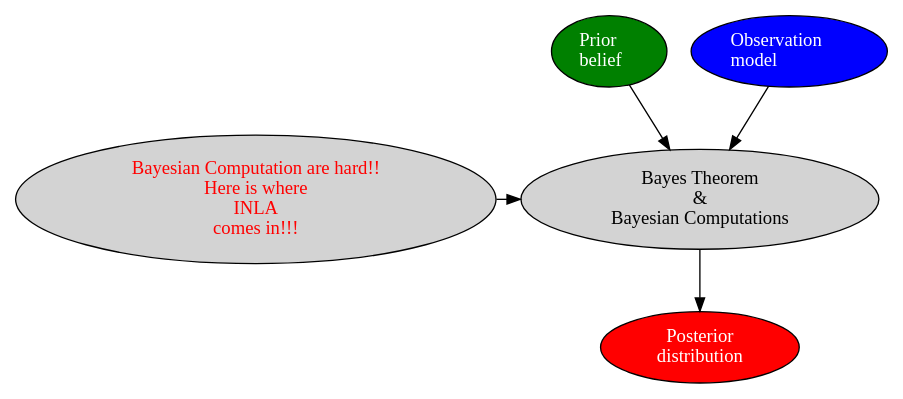
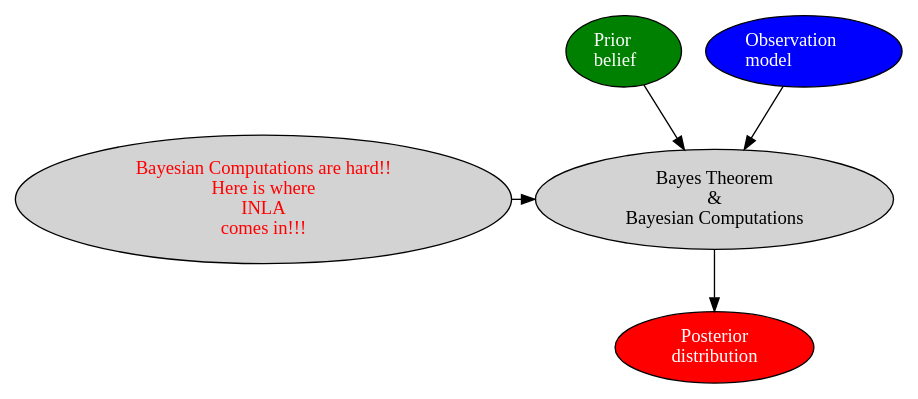
One commit to Ecol-Stats/inlabru_workshop changed the second of 2 diagrams in docs/slides/slides_2.qmd. Above: the diagram before and after it, drawn with Graphviz. The commit also changed other lines of this file and 1 other file, not shown here.

````diff
--- a/docs/slides/slides_2.qmd
+++ b/docs/slides/slides_2.qmd
@@ -794,18 +796,18 @@
 ```{dot}
 //| fig-width: 10
 //| fig-height: 4
 
 digraph posterior {
     
     node[style = filled]
      { rank=same C E }
     A[label="Prior\l belief\l" fillcolor = green fontcolor = white]
     B[label="Observation\l model\l" fillcolor = blue fontcolor = white]
     C[label="Bayes Theorem\n &\n Bayesian Computations\n" ]
     D[label="Posterior\n distribution\n" fillcolor = red fontcolor = white]
-    E[label="Bayesian Computation are hard!!\n Here is where\n INLA\n comes in!!!\n" fontcolor = red]
+    E[label="Bayesian Computations are hard!!\n Here is where\n INLA\n comes in!!!\n" fontcolor = red]
 
     {A,B} -> {C} -> {D}
     E -> C
 }
 ```
````
